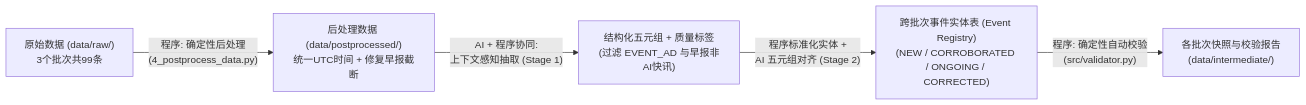
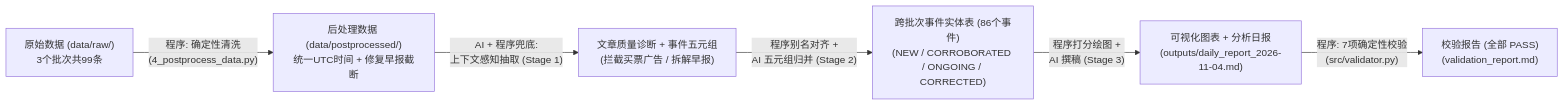
One commit to jowen2luck/Daily_AI_Insight_Engine changed the diagram in README.md. Above: the diagram before and after it, drawn with Mermaid. The commit also changed other lines of this file and 25 other files, not shown here.

````diff
--- a/README.md
+++ b/README.md
@@ -64,7 +80,8 @@
 ```mermaid
 flowchart LR
-    A["原始数据 (data/raw/)\n3个批次共99条"] -->|"程序: 确定性后处理\n(4_postprocess_data.py)"| B["后处理数据 (data/postprocessed/)\n统一UTC时间 + 修复早报截断"]
-    B -->|"AI + 程序协同:\n上下文感知抽取 (Stage 1)"| C["结构化五元组 + 质量标签\n(过滤 EVENT_AD 与早报非AI快讯)"]
-    C -->|"程序标准化实体 +\nAI 五元组对齐 (Stage 2)"| D["跨批次事件实体表 (Event Registry)\n(NEW / CORROBORATED / ONGOING / CORRECTED)"]
-    D -->|"程序: 确定性自动校验\n(src/validator.py)"| E["各批次快照与校验报告\n(data/intermediate/)"]
+    A["原始数据 (data/raw/)\n3个批次共99条"] -->|"程序: 确定性清洗\n(4_postprocess_data.py)"| B["后处理数据 (data/postprocessed/)\n统一UTC时间 + 修复早报截断"]
+    B -->|"AI + 程序兜底:\n上下文感知抽取 (Stage 1)"| C["文章质量诊断 + 事件五元组\n(拦截买票广告 / 拆解早报)"]
+    C -->|"程序别名对齐 +\nAI 五元组归并 (Stage 2)"| D["跨批次事件实体表 (86个事件)\n(NEW / CORROBORATED / ONGOING / CORRECTED)"]
+    D -->|"程序打分绘图 +\nAI 撰稿 (Stage 3)"| E["可视化图表 + 分析日报\n(outputs/daily_report_2026-11-04.md)"]
+    E -->|"程序: 7项确定性校验\n(src/validator.py)"| F["校验报告 (全部 PASS)\n(validation_report.md)"]
 ```
````
